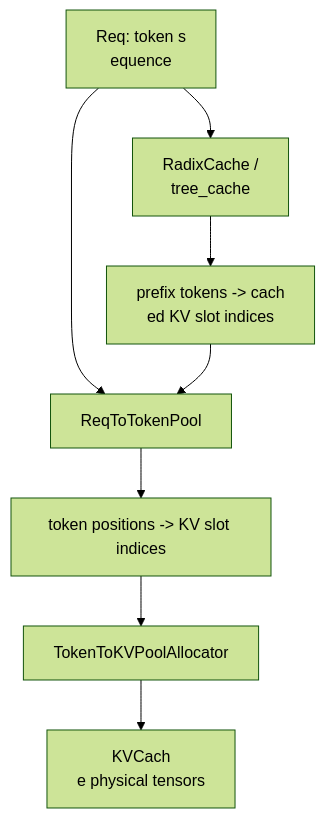
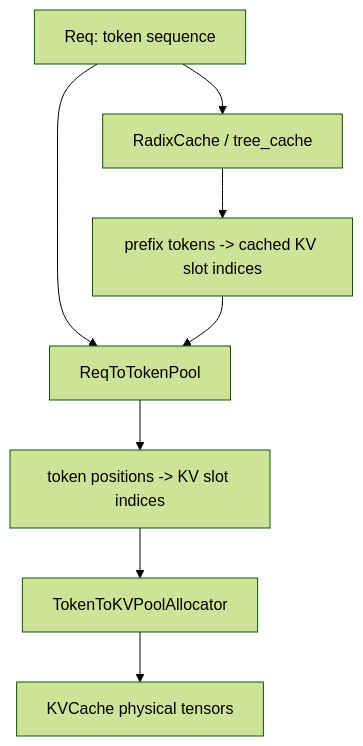
Before and after one commit to cl-vv-h/AI_Infra_Tutor_Page: the first of 11 diagrams in src/data/sglang-content/sglang-source-reading/03-kv-cache-radix-cache.md, drawn with Mermaid (forest theme). The commit also changed other lines of this file and 25 other files, not shown here.

Commit message:
Fix markdown rendering with react-markdown, add SGLang knowledge graph

````diff
--- a/src/data/sglang-content/sglang-source-reading/03-kv-cache-radix-cache.md
+++ b/src/data/sglang-content/sglang-source-reading/03-kv-cache-radix-cache.md
@@ -26,16 +13,10 @@
 ```mermaid
 flowchart TD
-  A["Req: token s
-equence"] --> B["ReqToTokenPool"]
-  B --> C["
-token positions -> KV slot indices"]
-  C --> 
-D["TokenToKVPoolAllocator"]
-  D --> E["KVCach
-e physical tensors"]
-  A --> F["RadixCache / 
-tree_cache"]
-  F --> G["prefix tokens -> cach
-ed KV slot indices"]
+  A["Req: token sequence"] --> B["ReqToTokenPool"]
+  B --> C["token positions -> KV slot indices"]
+  C --> D["TokenToKVPoolAllocator"]
+  D --> E["KVCache physical tensors"]
+  A --> F["RadixCache / tree_cache"]
+  F --> G["prefix tokens -> cached KV slot indices"]
   G --> B
 ```
````
